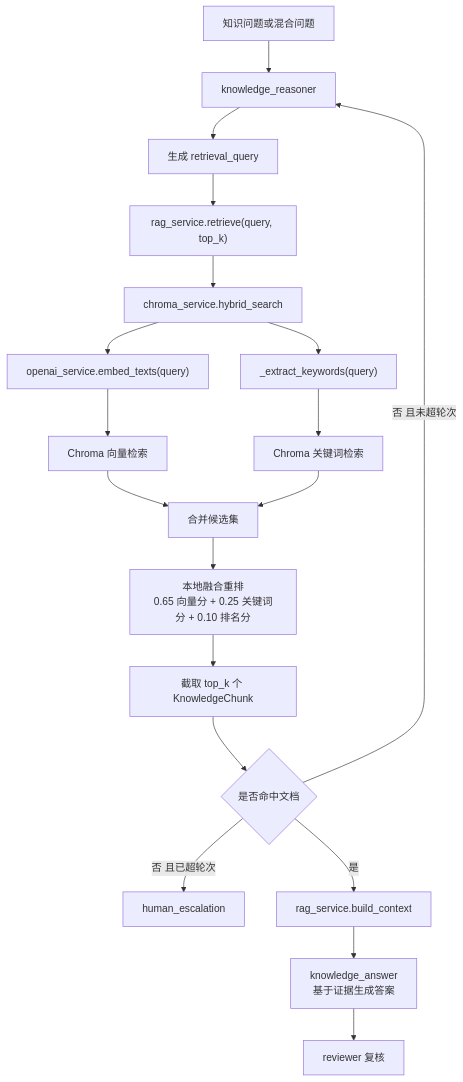
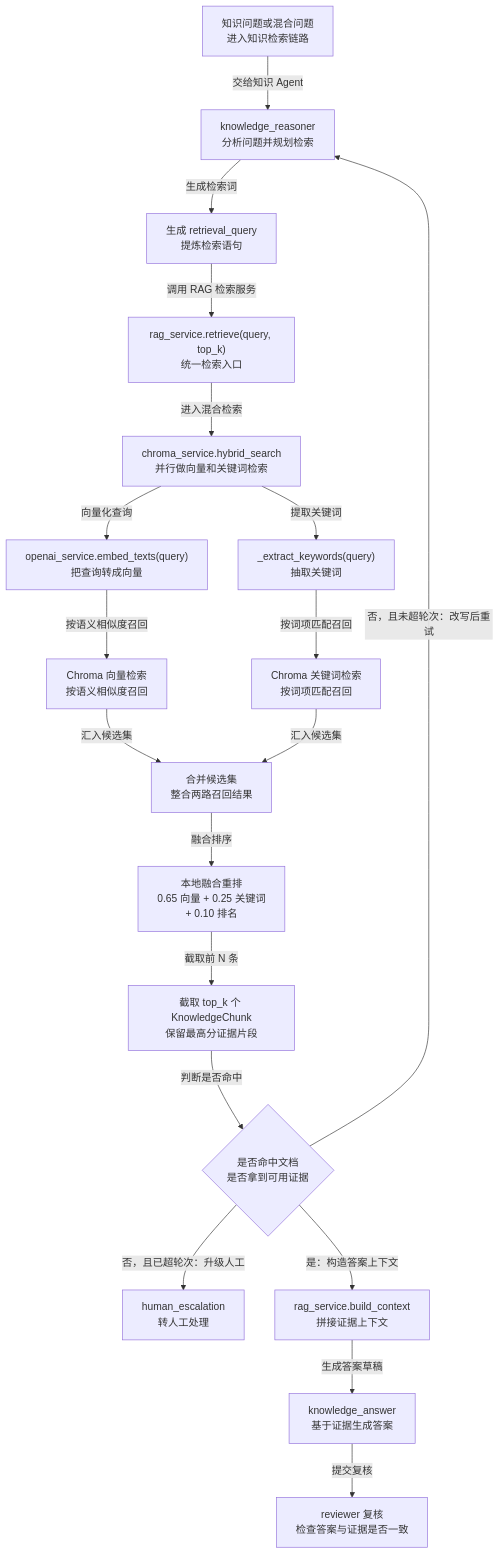
One commit to ACYG7054/fitpilot changed the second of 2 diagrams in README.md. Above: the diagram before and after it, drawn with Mermaid. The commit also changed other lines of this file, not shown here.

Commit message:
fix: 修复Readme.md的流程图显示异常

````diff
--- a/README.md
+++ b/README.md
@@ -182,26 +183,27 @@
 ```mermaid
+%%{init: {'flowchart': {'nodeSpacing': 48, 'rankSpacing': 60}}}%%
 flowchart TD
-    A[知识问题或混合问题] --> B[knowledge_reasoner]
-    B --> C[生成 retrieval_query]
-    C --> D["rag_service.retrieve(query, top_k)"]
-    D --> E["chroma_service.hybrid_search"]
+    A[知识问题或混合问题<br/>进入知识检索链路] -->|交给知识 Agent| B[knowledge_reasoner<br/>分析问题并规划检索]
+    B -->|生成检索词| C[生成 retrieval_query<br/>提炼检索语句]
+    C -->|调用 RAG 检索服务| D["rag_service.retrieve(query, top_k)<br/>统一检索入口"]
+    D -->|进入混合检索| E["chroma_service.hybrid_search<br/>并行做向量和关键词检索"]
 
-    E --> F["openai_service.embed_texts(query)"]
-    E --> G["_extract_keywords(query)"]
+    E -->|向量化查询| F["openai_service.embed_texts(query)<br/>把查询转成向量"]
+    E -->|提取关键词| G["_extract_keywords(query)<br/>抽取关键词"]
 
-    F --> H[Chroma 向量检索]
-    G --> I[Chroma 关键词检索]
+    F -->|按语义相似度召回| H[Chroma 向量检索<br/>按语义相似度召回]
+    G -->|按词项匹配召回| I[Chroma 关键词检索<br/>按词项匹配召回]
 
-    H --> J[合并候选集]
-    I --> J
+    H -->|汇入候选集| J[合并候选集<br/>整合两路召回结果]
+    I -->|汇入候选集| J
 
-    J --> K[本地融合重排<br/>0.65 向量分 + 0.25 关键词分 + 0.10 排名分]
-    K --> L["截取 top_k 个 KnowledgeChunk"]
-    L --> M{是否命中文档}
+    J -->|融合排序| K[本地融合重排<br/>0.65 向量 + 0.25 关键词<br/>+ 0.10 排名]
+    K -->|截取前 N 条| L["截取 top_k 个 KnowledgeChunk<br/>保留最高分证据片段"]
+    L -->|判断是否命中| M{是否命中文档<br/>是否拿到可用证据}
 
-    M -->|否 且未超轮次| B
-    M -->|否 且已超轮次| N[human_escalation]
-    M -->|是| O["rag_service.build_context"]
-    O --> P["knowledge_answer<br/>基于证据生成答案"]
-    P --> Q["reviewer 复核"]
+    M -->|否，且未超轮次：改写后重试| B
+    M -->|否，且已超轮次：升级人工| N[human_escalation<br/>转人工处理]
+    M -->|是：构造答案上下文| O["rag_service.build_context<br/>拼接证据上下文"]
+    O -->|生成答案草稿| P["knowledge_answer<br/>基于证据生成答案"]
+    P -->|提交复核| Q["reviewer 复核<br/>检查答案与证据是否一致"]
 ```
````
